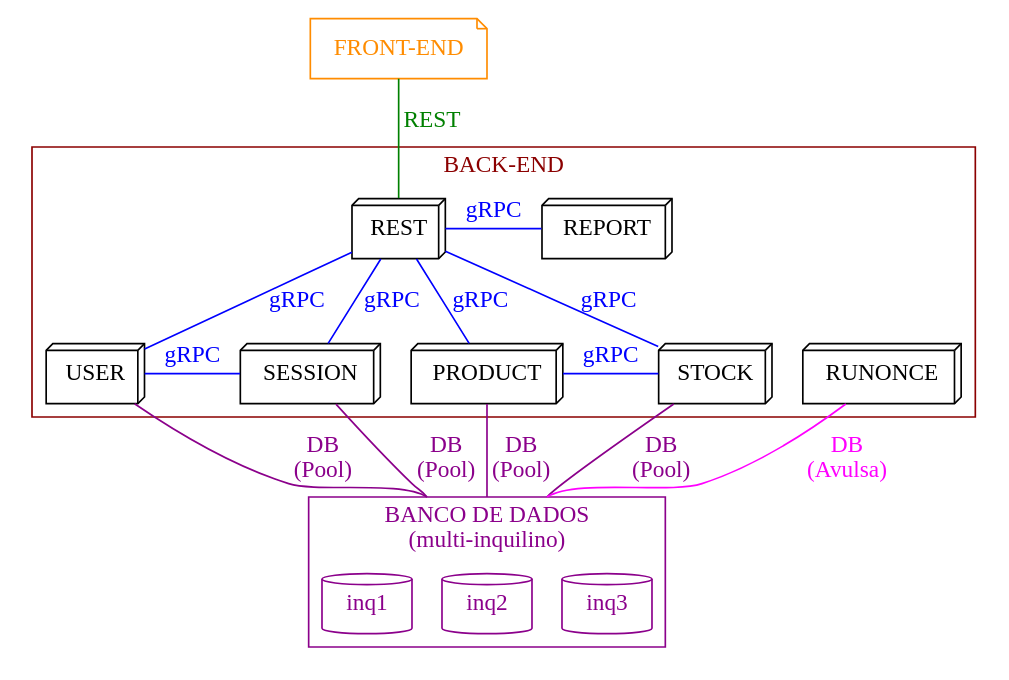
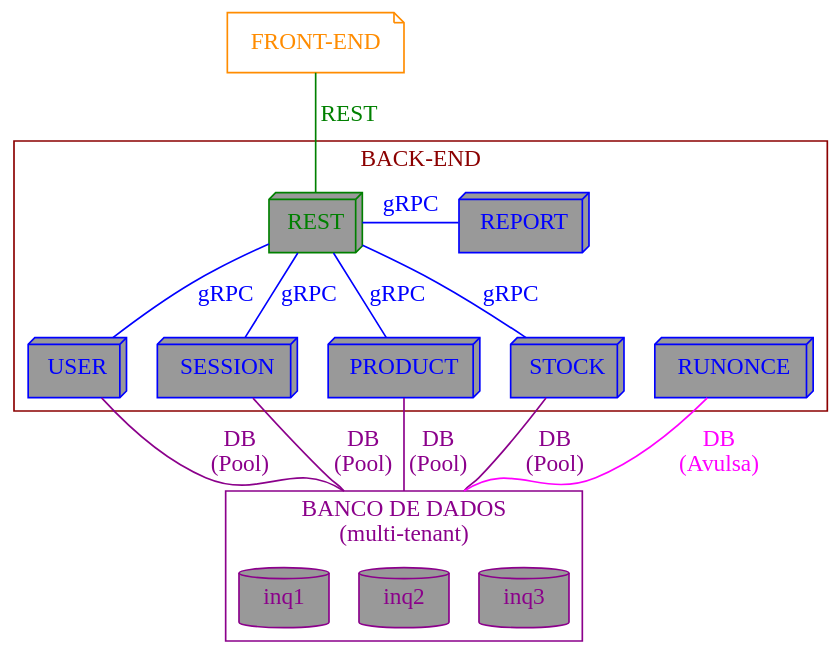
One commit to Minerva-System/minerva-system changed the diagram in docs/src/backend.md. Above: the diagram before and after it, drawn with Graphviz. The commit also changed other lines of this file and 8 other files, not shown here.

````diff
--- a/docs/src/backend.md
+++ b/docs/src/backend.md
@@ -38,56 +38,55 @@
 ```dot process
 graph {
+	bgcolor=transparent;
 	rankdir="TB";
 	compound=true;
-	node[style=filled; fillcolor=white];
+	node[style=filled; fillcolor="#999999"];
 	
-	frontend[label="FRONT-END", shape=note, color=darkorange, fontcolor=darkorange];
+	frontend[label="FRONT-END", shape=note, color=darkorange, fontcolor=darkorange, fillcolor=transparent];
 	
 	subgraph cluster_db {
 		rankdir="LR";
-		label = "BANCO DE DADOS\n(multi-inquilino)";
+		label = "BANCO DE DADOS\n(multi-tenant)";
 		color=darkmagenta;
 		fontcolor=darkmagenta;
 		db2[label="inq3", shape=cylinder, color=darkmagenta, fontcolor=darkmagenta];
         db1[label="inq2", shape=cylinder, color=darkmagenta, fontcolor=darkmagenta];
 		db3[label="inq1", shape=cylinder, color=darkmagenta, fontcolor=darkmagenta];
 		{rank=same; db3; db1; db2;}
 	}
 
 	subgraph cluster_backend {
 		label = "BACK-END";
 		fontcolor=darkred;
 		rankdir="LR";
 		color=darkred;
 		
-		rest[label="REST", shape=box3d];
+		rest[label="REST", shape=box3d, color=green, fontcolor=green];
 		
-		user[label="USER", shape=box3d];
-		session[label="SESSION", shape=box3d];
-		product[label="PRODUCT", shape=box3d];
-		stock[label="STOCK", shape=box3d];
-		runonce[label="RUNONCE", shape=box3d];
-		report[label="REPORT", shape=box3d];
+		user[label="USER", shape=box3d, color=blue, fontcolor=blue];
+		session[label="SESSION", shape=box3d, color=blue, fontcolor=blue];
+		product[label="PRODUCT", shape=box3d, color=blue, fontcolor=blue];
+		stock[label="STOCK", shape=box3d, color=blue, fontcolor=blue];
+		runonce[label="RUNONCE", shape=box3d, color=blue, fontcolor=blue];
+		report[label="REPORT", shape=box3d, color=blue, fontcolor=blue];
 		
 		{rank="same"; rest; report;}
 		{rank="same"; user; session; product; stock; runonce;}
 		
 		rest -- user[label="gRPC", color=blue, fontcolor=blue];
 		rest -- session[label="gRPC", color=blue, fontcolor=blue];
 		rest -- product[label="gRPC", color=blue, fontcolor=blue];
 		rest -- stock[label="gRPC", color=blue, fontcolor=blue];
-		
-		user -- session[label="gRPC", color=blue, fontcolor=blue];
-		product -- stock[label="gRPC", color=blue, fontcolor=blue];
+
 		rest -- report[label="gRPC", color=blue, fontcolor=blue];
 		
 		user -- db1 [lhead=cluster_db, label="DB\n(Pool)", color=darkmagenta, fontcolor=darkmagenta];
 		session -- db1 [lhead=cluster_db, label="DB\n(Pool)", color=darkmagenta, fontcolor=darkmagenta];
 		product -- db1 [lhead=cluster_db, label="DB\n(Pool)", color=darkmagenta, fontcolor=darkmagenta];
 		stock -- db1 [lhead=cluster_db, label="DB\n(Pool)", color=darkmagenta, fontcolor=darkmagenta];
 		runonce -- db1 [lhead=cluster_db, label="DB\n(Avulsa)", color=magenta, fontcolor=magenta];
 	}
 
 	frontend -- rest[label="REST", color=green, fontcolor=green];
 }
 ```
````
